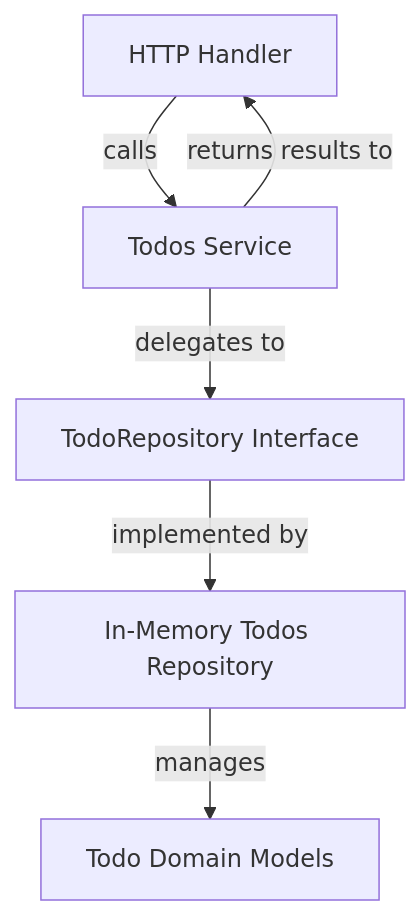
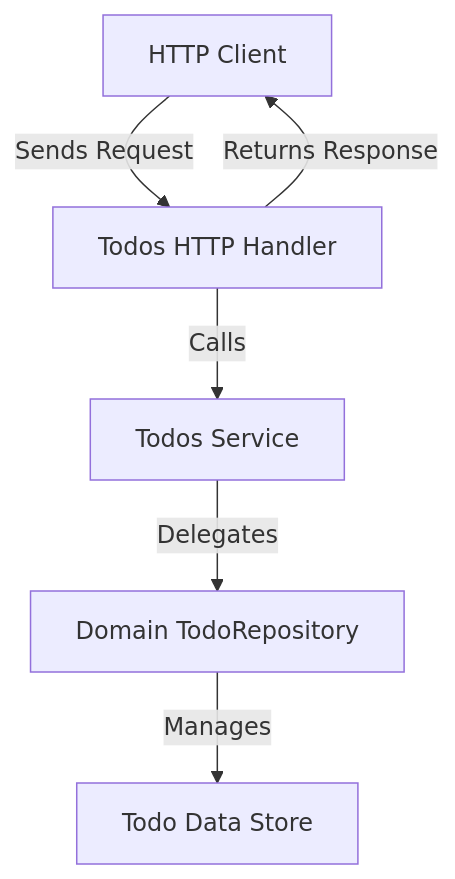
Before and after one commit to hkdeman/todos-docs: the diagram in api-reference/features-todos/todos-service.mdx, drawn with Mermaid. The commit also changed other lines of this file and 10 other files, not shown here.

````diff
--- a/api-reference/features-todos/todos-service.mdx
+++ b/api-reference/features-todos/todos-service.mdx
@@ -159,8 +166,9 @@
 ```mermaid
 flowchart TD
-  A[HTTP Handler] -->|calls| B[Todos Service]
-  B -->|delegates to| C[TodoRepository Interface]
-  C -->|implemented by| D[In-Memory Todos Repository]
-  D -->|manages| E[Todo Domain Models]
-  B -->|returns results to| A
+  A[HTTP Client] -->|Sends Request| B[Todos HTTP Handler]
+  B -->|Calls| C[Todos Service]
+  C -->|Delegates| D[Domain TodoRepository]
+  D -->|Manages| E[Todo Data Store]
+
+  B -->|Returns Response| A
 ```
````
